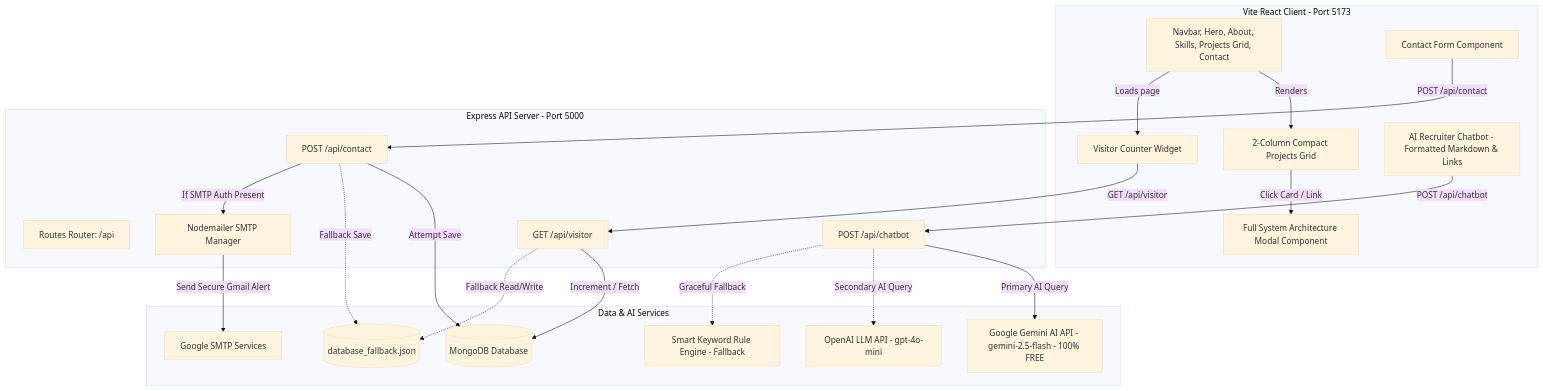
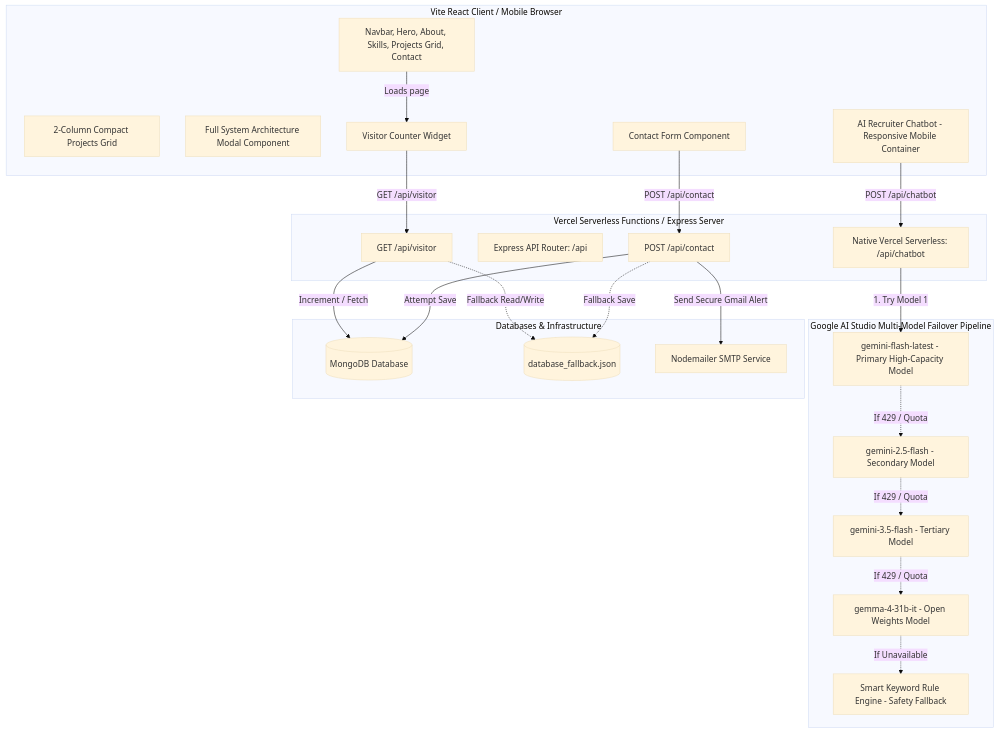
The diagram in README.md (Mansehaj12/Personal_Portfolio), drawn with Mermaid (base theme) before and after one commit. The commit also changed other lines of this file, not shown here.

Commit message:
docs: update README.md with multi-model failover pipeline, Vercel Serverless Function architecture, and Capstone project details

````diff
--- a/README.md
+++ b/README.md
@@ -24,54 +24,56 @@
 ```mermaid
 graph TD
     %% Frontend Components
-    subgraph Frontend [Vite React Client - Port 5173]
+    subgraph Frontend [Vite React Client / Mobile Browser]
         UI[Navbar, Hero, About, Skills, Projects Grid, Contact]
         CompactGrid[2-Column Compact Projects Grid]
         ArchModal[Full System Architecture Modal Component]
         Form[Contact Form Component]
         VisitorBadge[Visitor Counter Widget]
-        ChatWidget[AI Recruiter Chatbot - Formatted Markdown & Links]
+        ChatWidget[AI Recruiter Chatbot - Responsive Mobile Container]
     end
 
-    %% Backend Controllers
-    subgraph Backend [Express API Server - Port 5000]
-        API[Routes Router: /api]
+    %% Vercel Serverless & Express
+    subgraph Backend [Vercel Serverless Functions / Express Server]
+        VercelAPI[Native Vercel Serverless: /api/chatbot]
+        ExpressAPI[Express API Router: /api]
         ContactCtrl[POST /api/contact]
         VisitorCtrl[GET /api/visitor]
-        ChatCtrl[POST /api/chatbot]
-        Nodemailer[Nodemailer SMTP Manager]
     end
 
-    %% Infrastructure & AI Services
-    subgraph Infrastructure [Data & AI Services]
-        Gemini[Google Gemini AI API - gemini-2.5-flash - 100% FREE]
-        OpenAI[OpenAI LLM API - gpt-4o-mini]
-        SmartRules[Smart Keyword Rule Engine - Fallback]
+    %% Multi-Model AI Failover Pipeline
+    subgraph MultiModelAI [Google AI Studio Multi-Model Failover Pipeline]
+        Model1[gemini-flash-latest - Primary High-Capacity Model]
+        Model2[gemini-2.5-flash - Secondary Model]
+        Model3[gemini-3.5-flash - Tertiary Model]
+        Model4[gemma-4-31b-it - Open Weights Model]
+        SmartRules[Smart Keyword Rule Engine - Safety Fallback]
+    end
+
+    %% Databases & Services
+    subgraph Services [Databases & Infrastructure]
         Mongo[(MongoDB Database)]
         JSONFallback[(database_fallback.json)]
-        Gmail[Google SMTP Services]
+        Gmail[Nodemailer SMTP Service]
     end
 
     %% Connections
-    UI -->|Renders| CompactGrid
-    CompactGrid -->|Click Card / Link| ArchModal
     UI -->|Loads page| VisitorBadge
     VisitorBadge -->|GET /api/visitor| VisitorCtrl
     Form -->|POST /api/contact| ContactCtrl
-    ChatWidget -->|POST /api/chatbot| ChatCtrl
+    ChatWidget -->|POST /api/chatbot| VercelAPI
 
-    %% AI Pipeline Logic
-    ChatCtrl -->|Primary AI Query| Gemini
-    ChatCtrl -.->|Secondary AI Query| OpenAI
-    ChatCtrl -.->|Graceful Fallback| SmartRules
+    %% AI Pipeline Failover Execution
+    VercelAPI -->|1. Try Model 1| Model1
+    Model1 -.->|If 429 / Quota| Model2
+    Model2 -.->|If 429 / Quota| Model3
+    Model3 -.->|If 429 / Quota| Model4
+    Model4 -.->|If Unavailable| SmartRules
 
-    %% DB Logic
+    %% DB & Contact Logic
     ContactCtrl -->|Attempt Save| Mongo
     ContactCtrl -.->|Fallback Save| JSONFallback
     VisitorCtrl -->|Increment / Fetch| Mongo
     VisitorCtrl -.->|Fallback Read/Write| JSONFallback
-
-    %% SMTP Logic
-    ContactCtrl -->|If SMTP Auth Present| Nodemailer
-    Nodemailer -->|Send Secure Gmail Alert| Gmail
+    ContactCtrl -->|Send Secure Gmail Alert| Gmail
 ```
````
